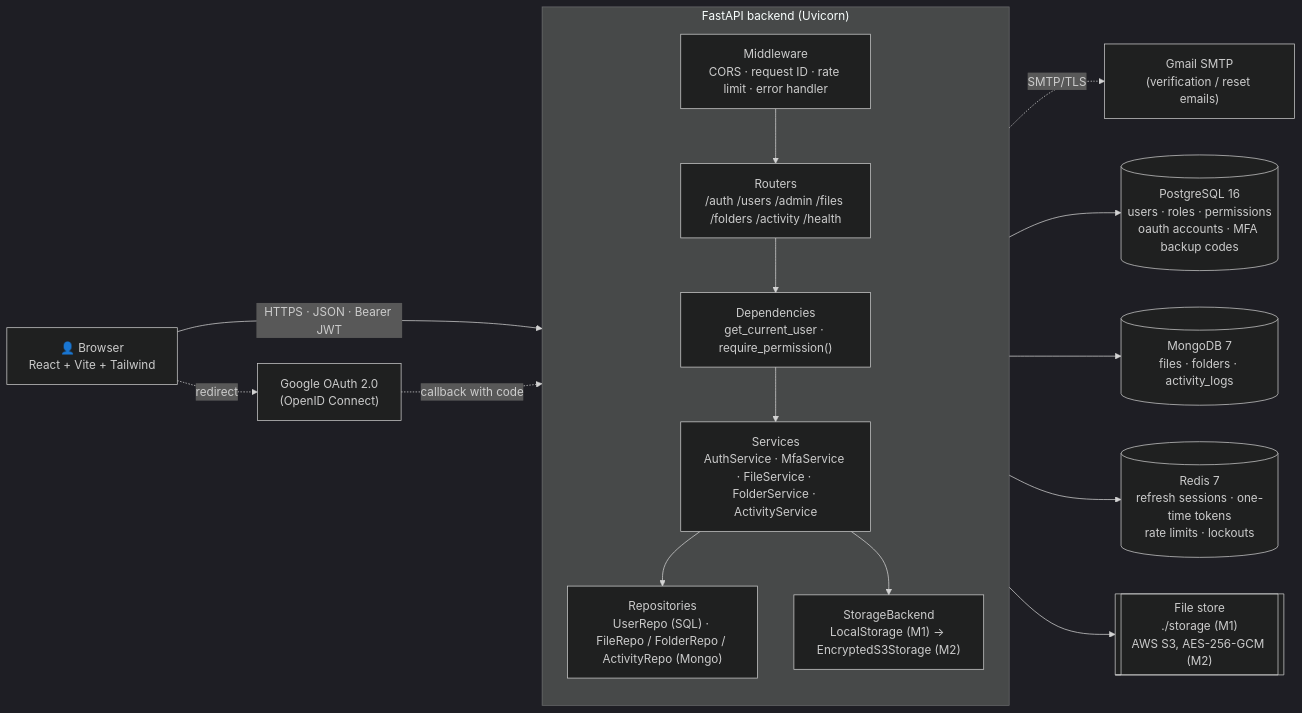
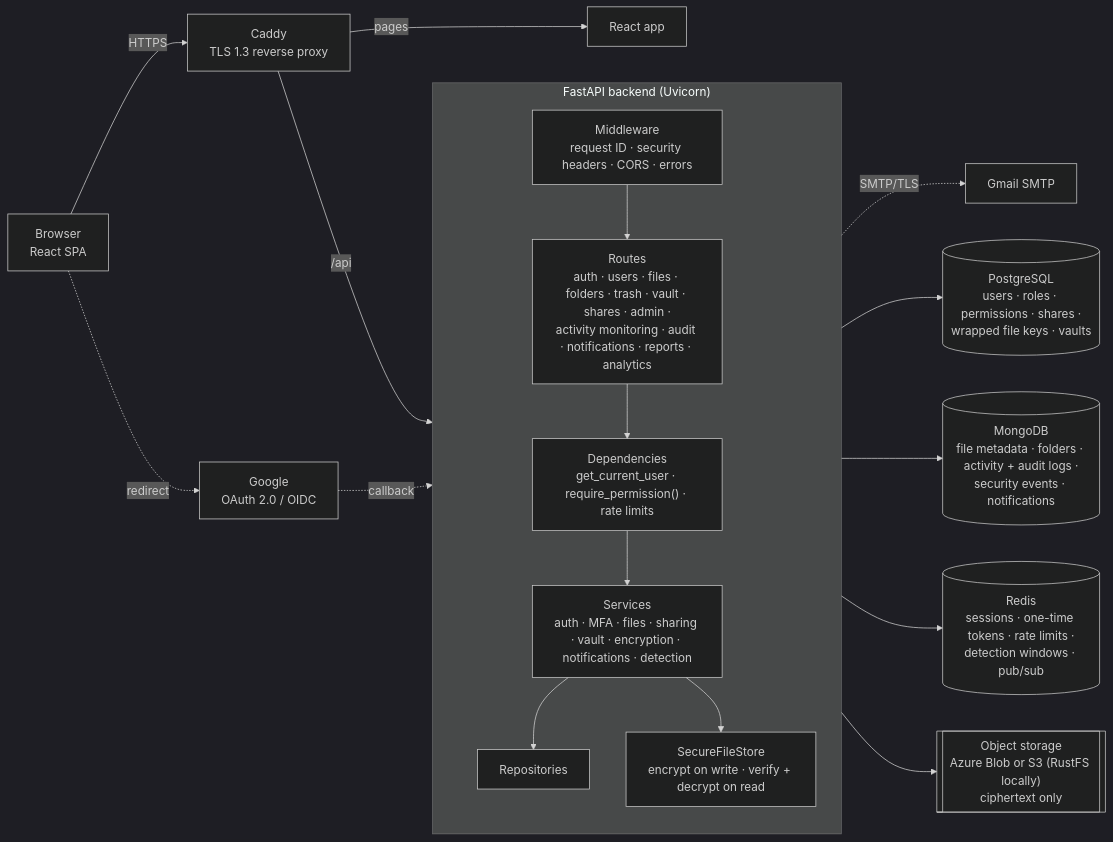
Before and after one commit to Vimaladharsan/TrustShare-Encrypted-File-Sharing-Collaboration-Platform: the first of 10 diagrams in docs/architecture.md, drawn with Mermaid (dark theme). The commit also changed other lines of this file and 60 other files, not shown here.

Commit message:
docs: complete documentation with user guide, API reference, screenshots and deployment guide

````diff
--- a/docs/architecture.md
+++ b/docs/architecture.md
@@ -13,32 +30,35 @@
 ```mermaid
 flowchart LR
-    U["👤 Browser<br/>React + Vite + Tailwind"]
-    G["Google OAuth 2.0<br/>(OpenID Connect)"]
-    M["Gmail SMTP<br/>(verification / reset emails)"]
+    U["Browser<br/>React SPA"]
+    C["Caddy<br/>TLS 1.3 reverse proxy"]
+    G["Google<br/>OAuth 2.0 / OIDC"]
+    M["Gmail SMTP"]
 
     subgraph API["FastAPI backend (Uvicorn)"]
         direction TB
-        MW["Middleware<br/>CORS · request ID · rate limit · error handler"]
-        R["Routers<br/>/auth /users /admin /files /folders /activity /health"]
-        D["Dependencies<br/>get_current_user · require_permission()"]
-        S["Services<br/>AuthService · MfaService · FileService · FolderService · ActivityService"]
-        RP["Repositories<br/>UserRepo (SQL) · FileRepo / FolderRepo / ActivityRepo (Mongo)"]
-        ST["StorageBackend<br/>LocalStorage (M1) → EncryptedS3Storage (M2)"]
+        MW["Middleware<br/>request ID · security headers · CORS · errors"]
+        R["Routes<br/>auth · users · files · folders · trash · vault · shares · admin ·<br/>activity monitoring · audit · notifications · reports · analytics"]
+        D["Dependencies<br/>get_current_user · require_permission() · rate limits"]
+        S["Services<br/>auth · MFA · files · sharing · vault · encryption · notifications · detection"]
+        RP["Repositories"]
+        ST["SecureFileStore<br/>encrypt on write · verify + decrypt on read"]
         MW --> R --> D --> S --> RP
         S --> ST
     end
 
-    PG[("PostgreSQL 16<br/>users · roles · permissions<br/>oauth accounts · MFA backup codes")]
-    MO[("MongoDB 7<br/>files · folders · activity_logs")]
-    RE[("Redis 7<br/>refresh sessions · one-time tokens<br/>rate limits · lockouts")]
-    FS[["File store<br/>./storage (M1)<br/>AWS S3, AES-256-GCM (M2)"]]
+    PG[("PostgreSQL<br/>users · roles · permissions · shares ·<br/>wrapped file keys · vaults")]
+    MO[("MongoDB<br/>file metadata · folders · activity + audit logs ·<br/>security events · notifications")]
+    RE[("Redis<br/>sessions · one-time tokens · rate limits ·<br/>detection windows · pub/sub")]
+    OS[["Object storage<br/>Azure Blob or S3 (RustFS locally)<br/>ciphertext only"]]
 
-    U -- "HTTPS · JSON · Bearer JWT" --> MW
+    U -- "HTTPS" --> C
+    C -- "/api" --> MW
+    C -- "pages" --> FE["React app"]
     U -. "redirect" .-> G
-    G -. "callback with code" .-> R
+    G -. "callback" .-> R
     S -. "SMTP/TLS" .-> M
     RP --> PG
     RP --> MO
     S --> RE
-    ST --> FS
+    ST --> OS
 ```
````
